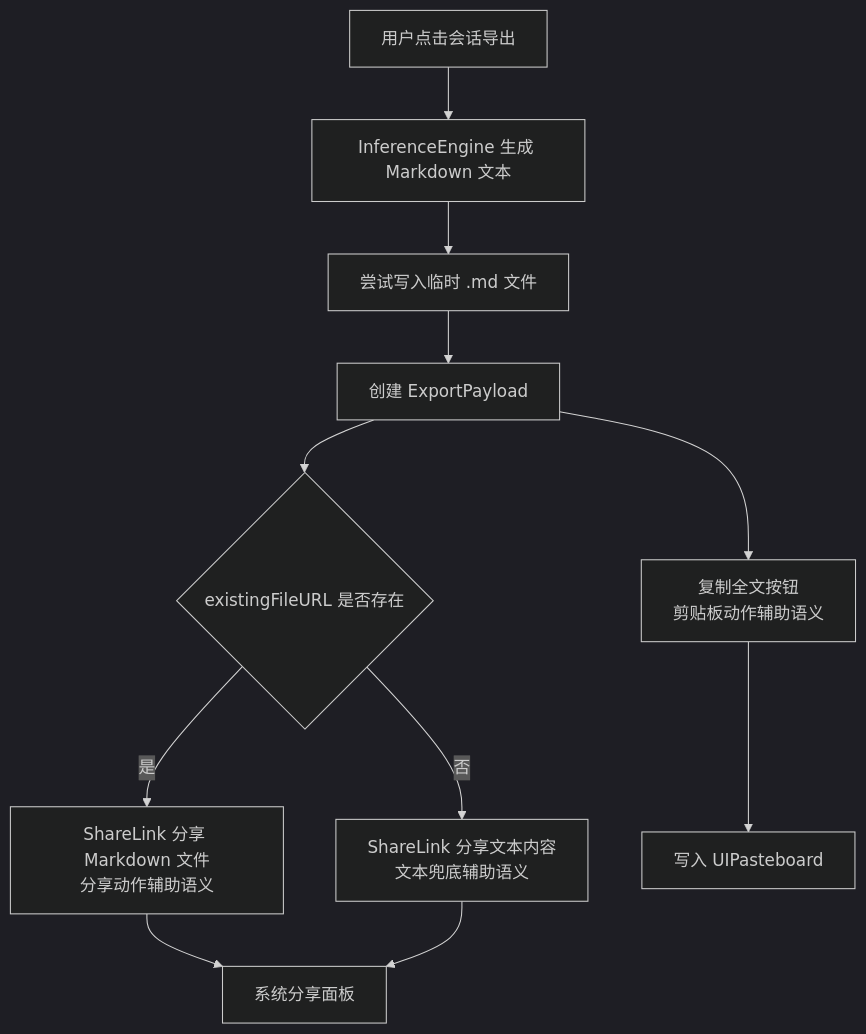
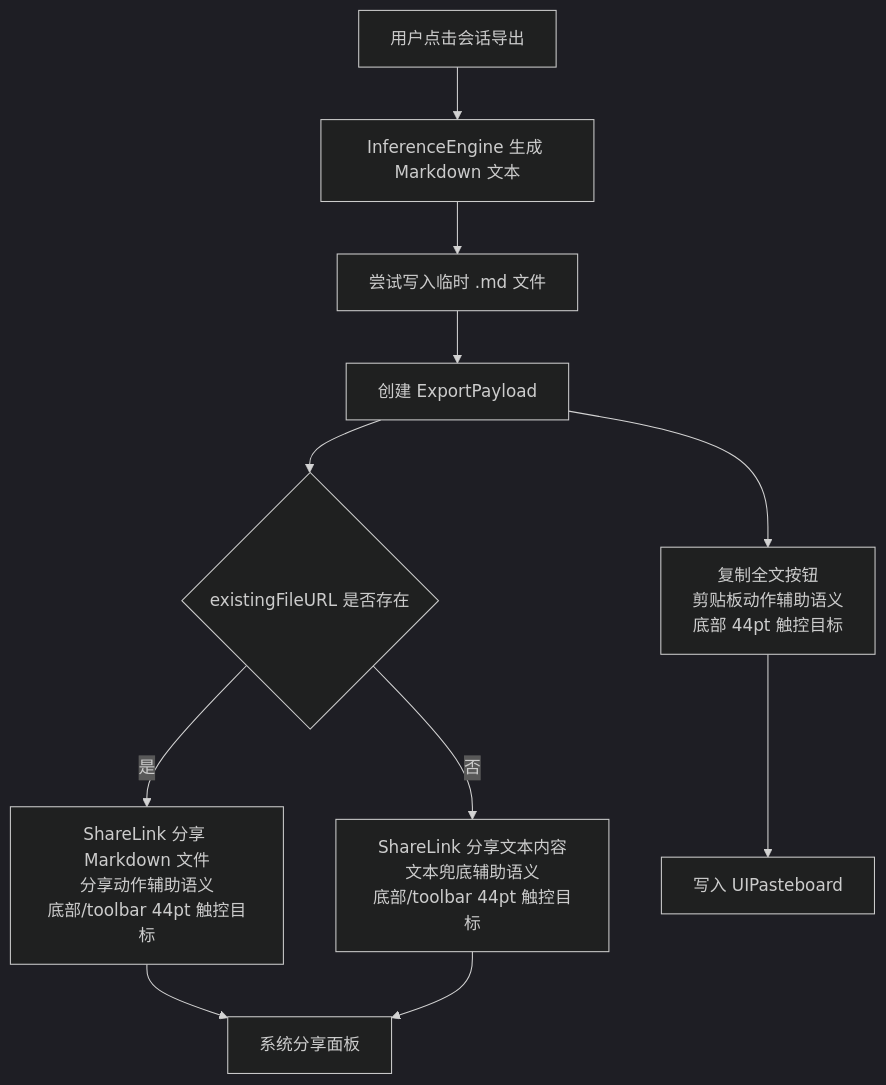
Before and after one commit to Altman-sam114/113: the seventh of 10 diagrams in md/flow/flowchart.md, drawn with Mermaid (dark theme). The commit also changed other lines of this file and 8 other files, not shown here.

````diff
--- a/md/flow/flowchart.md
+++ b/md/flow/flowchart.md
@@ -129,13 +129,13 @@
 ```mermaid
 flowchart TD
     A[用户点击会话导出] --> B[InferenceEngine 生成 Markdown 文本]
     B --> C[尝试写入临时 .md 文件]
     C --> D[创建 ExportPayload]
     D --> E{existingFileURL 是否存在}
-    E -- 是 --> F[ShareLink 分享 Markdown 文件<br/>分享动作辅助语义]
-    E -- 否 --> G[ShareLink 分享文本内容<br/>文本兜底辅助语义]
+    E -- 是 --> F[ShareLink 分享 Markdown 文件<br/>分享动作辅助语义<br/>底部/toolbar 44pt 触控目标]
+    E -- 否 --> G[ShareLink 分享文本内容<br/>文本兜底辅助语义<br/>底部/toolbar 44pt 触控目标]
     F --> H[系统分享面板]
     G --> H
-    D --> I[复制全文按钮<br/>剪贴板动作辅助语义]
+    D --> I[复制全文按钮<br/>剪贴板动作辅助语义<br/>底部 44pt 触控目标]
     I --> J[写入 UIPasteboard]
 ```
````
